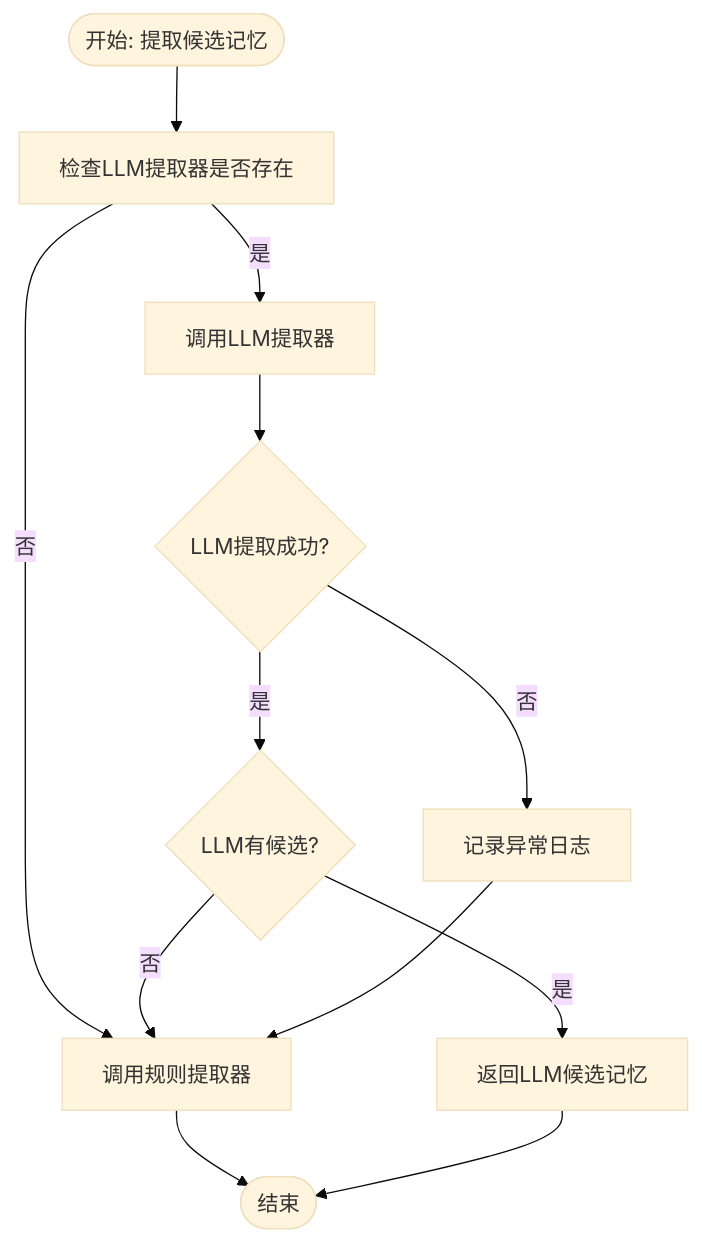
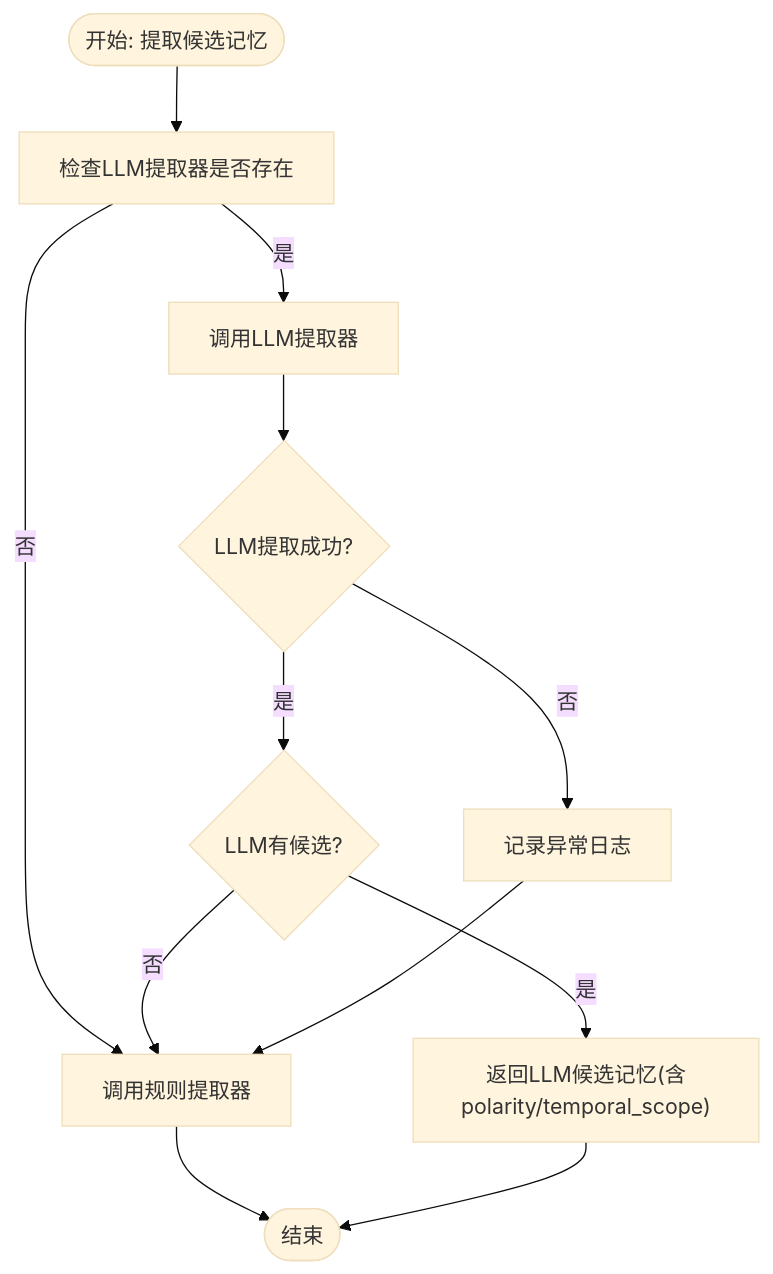
The third of 7 diagrams in .qoder/repowiki/zh/content/后端服务/智能提词引擎/记忆提取器.md (Moon-Force/DouYin_llm), drawn with Mermaid (base theme) before and after one commit. The commit also changed other lines of this file and 34 other files, not shown here.

````diff
--- a/.qoder/repowiki/zh/content/后端服务/智能提词引擎/记忆提取器.md
+++ b/.qoder/repowiki/zh/content/后端服务/智能提词引擎/记忆提取器.md
@@ -182,13 +216,13 @@
 ```mermaid
 flowchart TD
 Start(["开始: 提取候选记忆"]) --> CheckLLM["检查LLM提取器是否存在"]
 CheckLLM --> |否| RuleExtract["调用规则提取器"]
 CheckLLM --> |是| LLMExtract["调用LLM提取器"]
 LLMExtract --> TryLLM{"LLM提取成功?"}
 TryLLM --> |是| HasCandidates{"LLM有候选?"}
-HasCandidates --> |是| ReturnLLM["返回LLM候选记忆"]
+HasCandidates --> |是| ReturnLLM["返回LLM候选记忆(含polarity/temporal_scope)"]
 HasCandidates --> |否| RuleExtract
 TryLLM --> |否| LogError["记录异常日志"] --> RuleExtract
 RuleExtract --> End(["结束"])
 ReturnLLM --> End
 ```
````
